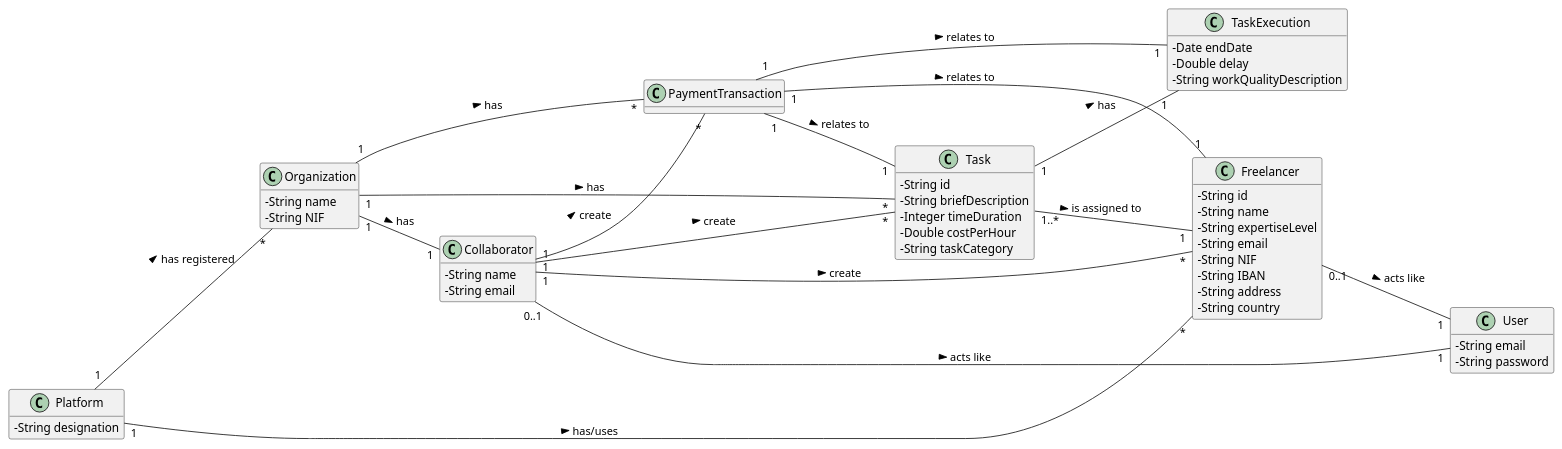
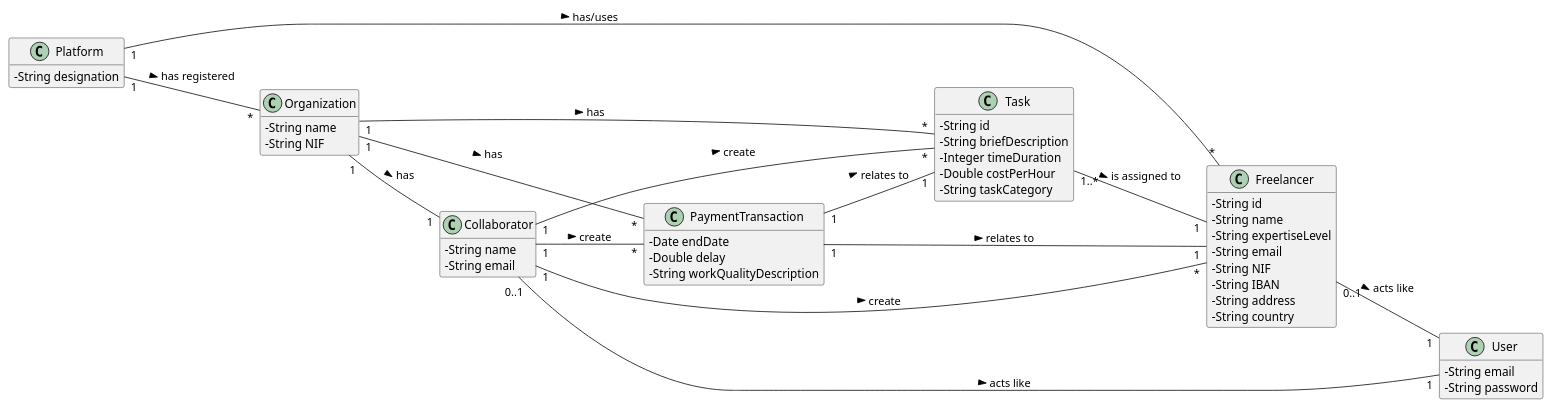
The diagram in docs/UC3 - Create Payment Transaction/UC3_MD.puml (pedrolemos4/LAPR2), drawn with PlantUML before and after one commit. The commit also changed 10 other files, not shown here.

```diff
--- a/docs/UC3 - Create Payment Transaction/UC3_MD.puml
+++ b/docs/UC3 - Create Payment Transaction/UC3_MD.puml
@@ -1,70 +1,65 @@
 @startuml
 skinparam classAttributeIconSize 0
 hide methods
 left to right direction
 
 class Platform {
   -String designation
 }
 
 class Organization {
   -String name
   -String NIF
 }
 
 class Collaborator {
   -String name
   -String email
 }
 
 
 class User {
   -String email
   -String password
 }
 
 class Freelancer {
   -String id
   -String name
   -String expertiseLevel
   -String email
   -String NIF
   -String IBAN
   -String address
   -String country
   }
 
 class Task {
  -String id
  -String briefDescription
  -Integer timeDuration
  -Double costPerHour
  -String taskCategory
 }
 
-class TaskExecution {
- -Date endDate
- -Double delay
- -String workQualityDescription
-}
-
 class PaymentTransaction{
+  -Date endDate
+  -Double delay
+  -String workQualityDescription
 }
 
 Platform "1" -- "*" Organization : has registered >
 Platform "1" -- "*" Freelancer : has/uses >
 Organization "1" -- "1" Collaborator: has >
 Organization "1" -- "*" Task: has >
 Organization "1" -- "*" PaymentTransaction: has >
 Collaborator "0..1" -- "1" User: acts like >
 Freelancer "0..1" -- "1" User: acts like >
 Collaborator "1" -- "*" Freelancer: create >
 Collaborator "1" -- "*" Task: create >
 Collaborator "1" -- "*" PaymentTransaction: create >
 PaymentTransaction "1" -- "1" Freelancer: relates to >
 PaymentTransaction "1" -- "1" Task: relates to >
-PaymentTransaction "1" -- "1" TaskExecution: relates to >
-Task "1" -- "1" TaskExecution: has >
 Task "1..*" -- "1" Freelancer: is assigned to >
 
 @enduml
```
